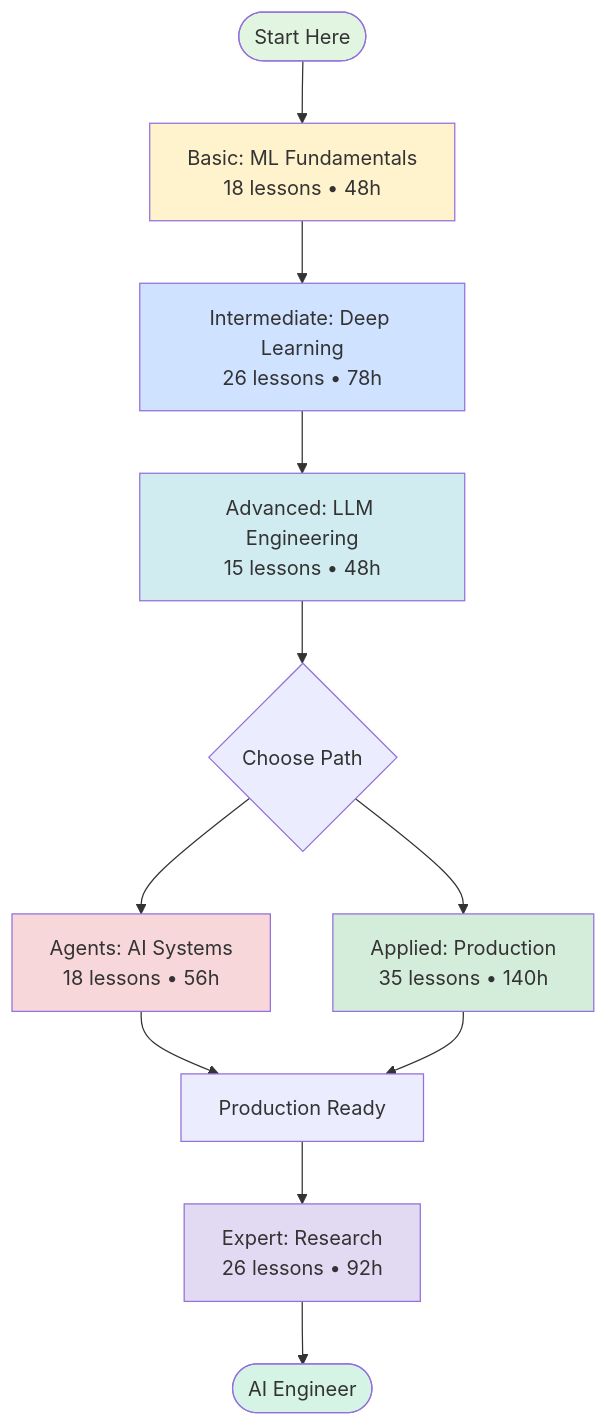
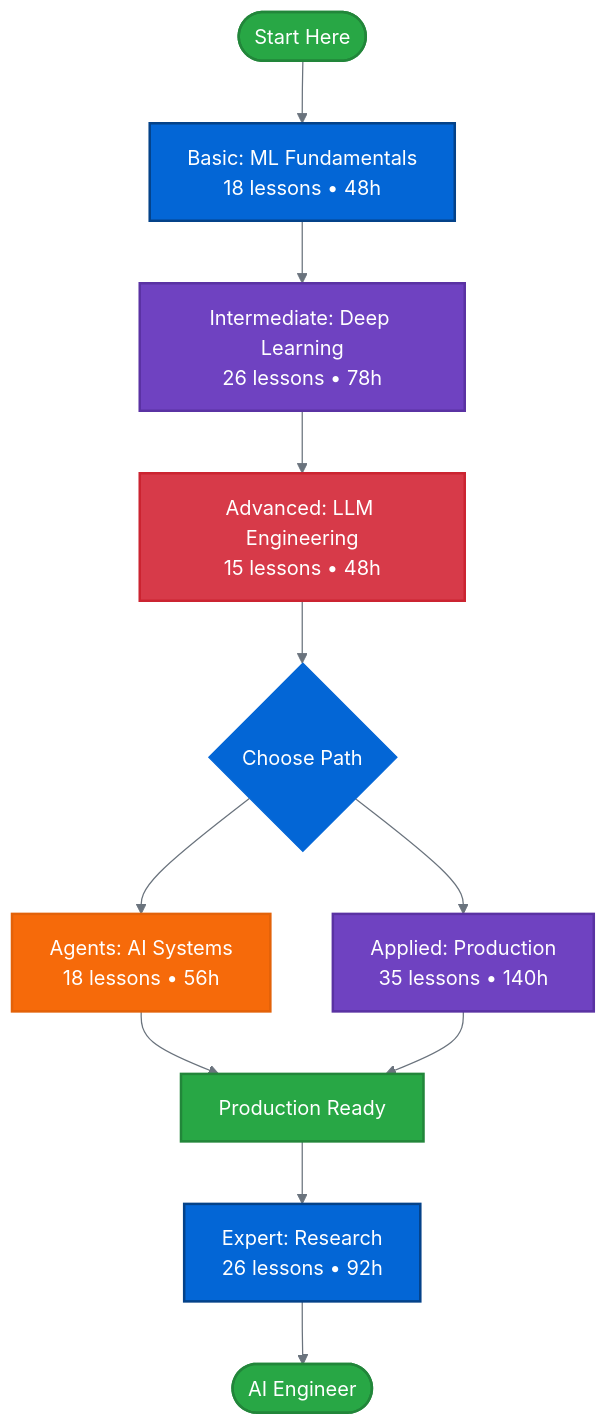
Before and after one commit to nexageapps/AI: the first of 21 diagrams in README.md, drawn with Mermaid. The commit also changed other lines of this file and 1 other file, not shown here.

````diff
--- a/README.md
+++ b/README.md
@@ -28,22 +28,24 @@
 ```mermaid
+%%{init: {'theme':'base', 'themeVariables': {'primaryColor':'#0366d6','primaryTextColor':'#fff','primaryBorderColor':'#0366d6','lineColor':'#6a737d','secondaryColor':'#f6f8fa','tertiaryColor':'#fafbfc','noteTextColor':'#24292e','noteBkgColor':'#fff5b1','textColor':'#24292e','fontSize':'16px'}}}%%
 graph TB
     Start([Start Here]) --> Basic[Basic: ML Fundamentals<br/>18 lessons • 48h]
     Basic --> Intermediate[Intermediate: Deep Learning<br/>26 lessons • 78h]
     Intermediate --> Advanced[Advanced: LLM Engineering<br/>15 lessons • 48h]
     Advanced --> Split{Choose Path}
     Split --> Agents[Agents: AI Systems<br/>18 lessons • 56h]
     Split --> Applied[Applied: Production<br/>35 lessons • 140h]
     Agents --> Production[Production Ready]
     Applied --> Production
     Production --> Expert[Expert: Research<br/>26 lessons • 92h]
     Expert --> End([AI Engineer])
     
-    style Start fill:#e1f5e1
-    style Basic fill:#fff3cd
-    style Intermediate fill:#cfe2ff
-    style Advanced fill:#d1ecf1
-    style Agents fill:#f8d7da
-    style Applied fill:#d4edda
-    style Expert fill:#e2d9f3
-    style End fill:#d5f4e6
+    style Start fill:#28a745,stroke:#22863a,stroke-width:2px,color:#fff
+    style Basic fill:#0366d6,stroke:#044289,stroke-width:2px,color:#fff
+    style Intermediate fill:#6f42c1,stroke:#5a32a3,stroke-width:2px,color:#fff
+    style Advanced fill:#d73a49,stroke:#cb2431,stroke-width:2px,color:#fff
+    style Agents fill:#f66a0a,stroke:#e36209,stroke-width:2px,color:#fff
+    style Applied fill:#6f42c1,stroke:#5a32a3,stroke-width:2px,color:#fff
+    style Expert fill:#0366d6,stroke:#044289,stroke-width:2px,color:#fff
+    style Production fill:#28a745,stroke:#22863a,stroke-width:2px,color:#fff
+    style End fill:#28a745,stroke:#22863a,stroke-width:2px,color:#fff
 ```
````
